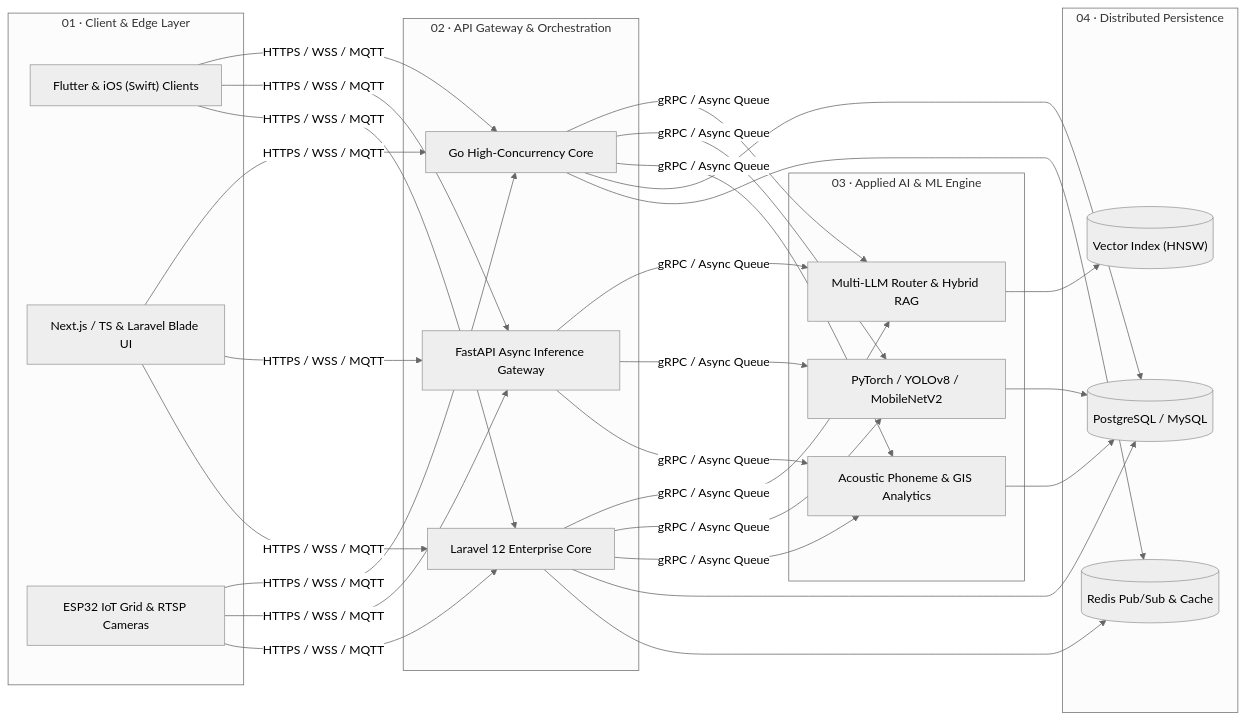
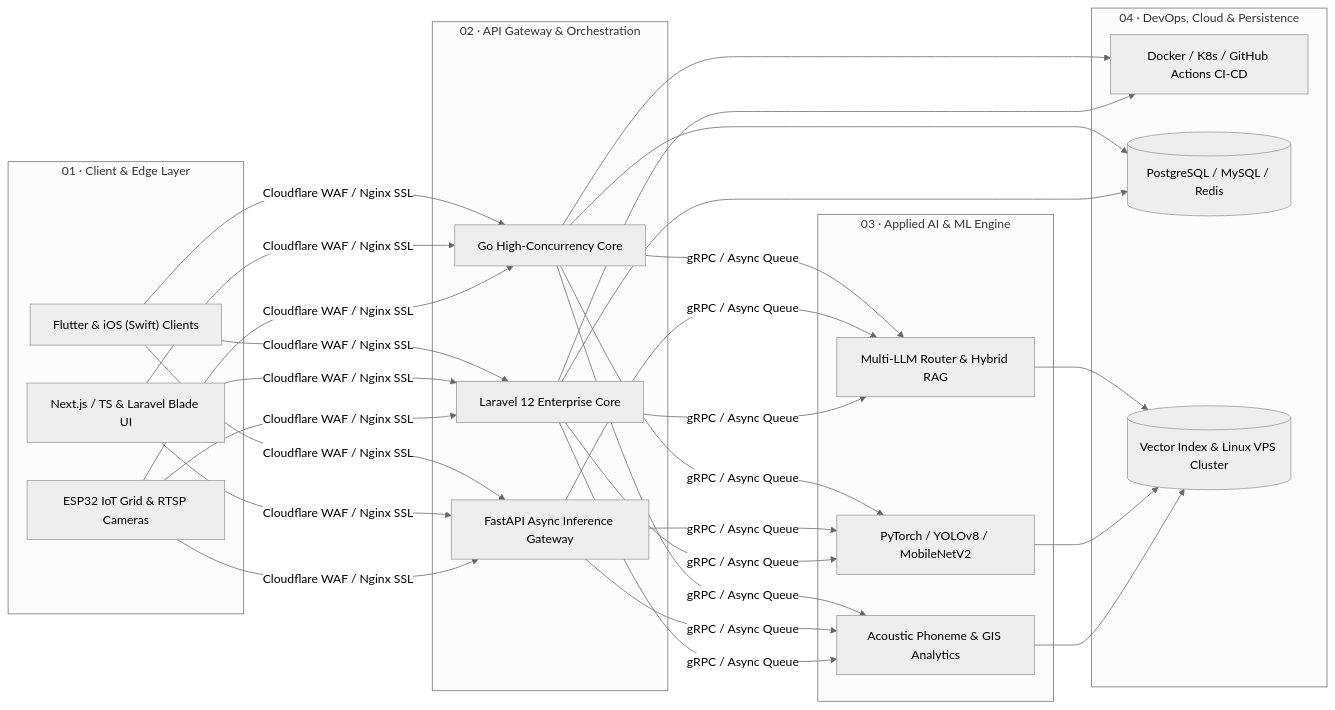
Before and after one commit to FAJRIAG/FAJRIAG: the diagram in README.md, drawn with Mermaid (neutral theme). The commit also changed other lines of this file and 3 other files, not shown here.

Commit message:
feat(profile): integrate DevOps & Cloud Infrastructure across banners, architecture topology, case studies, and 58-icon tech matrix

````diff
--- a/README.md
+++ b/README.md
@@ -71,32 +71,31 @@
 ```mermaid
 flowchart LR
     subgraph Edge["01 · Client & Edge Layer"]
         A1["Flutter & iOS (Swift) Clients"]
         A2["Next.js / TS & Laravel Blade UI"]
         A3["ESP32 IoT Grid & RTSP Cameras"]
     end
 
     subgraph Core["02 · API Gateway & Orchestration"]
         B1["Go High-Concurrency Core"]
         B2["FastAPI Async Inference Gateway"]
         B3["Laravel 12 Enterprise Core"]
     end
 
     subgraph AI["03 · Applied AI & ML Engine"]
         C1["Multi-LLM Router & Hybrid RAG"]
         C2["PyTorch / YOLOv8 / MobileNetV2"]
         C3["Acoustic Phoneme & GIS Analytics"]
     end
 
-    subgraph Data["04 · Distributed Persistence"]
-        D1[("PostgreSQL / MySQL")]
-        D2[("Vector Index (HNSW)")]
-        D3[("Redis Pub/Sub & Cache")]
+    subgraph Infra["04 · DevOps, Cloud & Persistence"]
+        D1["Docker / K8s / GitHub Actions CI-CD"]
+        D2[("PostgreSQL / MySQL / Redis")]
+        D3[("Vector Index & Linux VPS Cluster")]
     end
 
-    A1 & A2 & A3 -->|HTTPS / WSS / MQTT| B1 & B2 & B3
+    A1 & A2 & A3 -->|Cloudflare WAF / Nginx SSL| B1 & B2 & B3
     B1 & B2 & B3 -->|gRPC / Async Queue| C1 & C2 & C3
-    B1 & B3 --> D1 & D3
-    C1 --> D2
-    C2 & C3 --> D1
+    B1 & B3 --> D1 & D2
+    C1 & C2 & C3 --> D3
 ```
````
